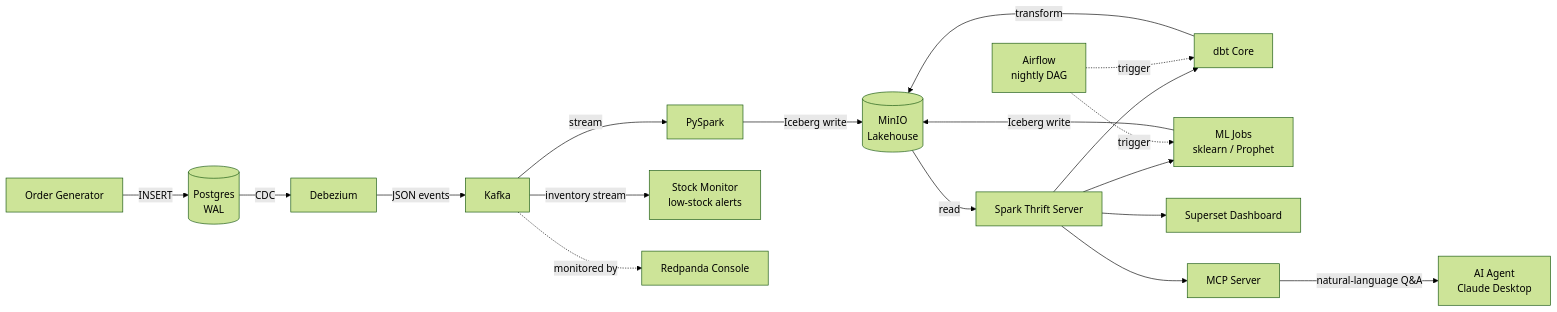
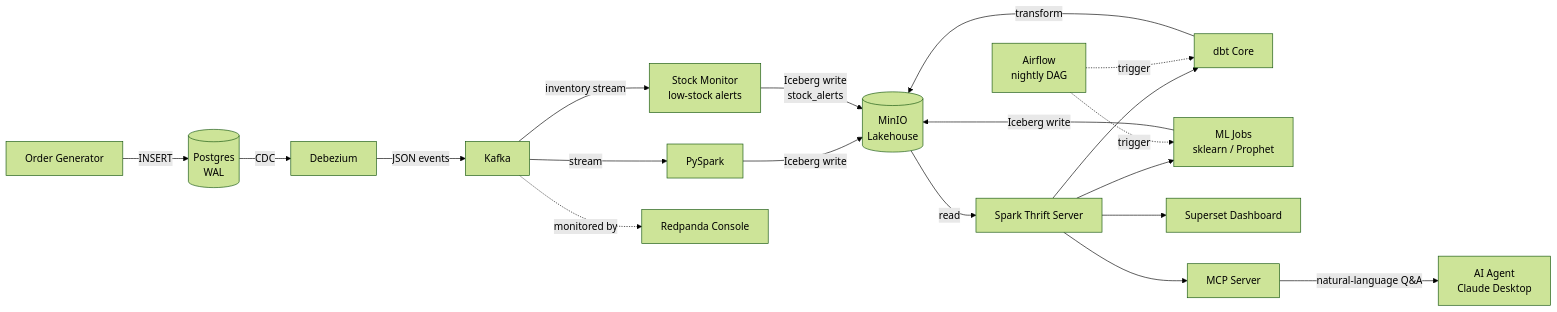
Before and after one commit to airdeniz/ecommerce-lakehouse: the first of 2 diagrams in README.md, drawn with Mermaid (forest theme). The commit also changed other lines of this file, not shown here.

Commit message:
docs(readme): show stock-monitor Iceberg write to lakehouse in both diagrams

````diff
--- a/README.md
+++ b/README.md
@@ -23,21 +23,22 @@
 ```mermaid
 flowchart LR
     GEN[Order Generator] -->|INSERT| PG[(Postgres<br/>WAL)]
     PG -->|CDC| DBZ[Debezium]
     DBZ -->|JSON events| KAFKA[Kafka]
     KAFKA -->|stream| SPARK[PySpark]
     KAFKA -->|inventory stream| STOCK[Stock Monitor<br/>low-stock alerts]
     SPARK -->|Iceberg write| MINIO[(MinIO<br/>Lakehouse)]
+    STOCK -->|Iceberg write<br/>stock_alerts| MINIO
     MINIO -->|read| THRIFT[Spark Thrift Server]
     THRIFT --> DBT[dbt Core]
     DBT -->|transform| MINIO
     AIRFLOW[Airflow<br/>nightly DAG] -.->|trigger| DBT
     THRIFT --> MLJOBS[ML Jobs<br/>sklearn / Prophet]
     MLJOBS -->|Iceberg write| MINIO
     AIRFLOW -.->|trigger| MLJOBS
     THRIFT --> SUPERSET[Superset Dashboard]
     THRIFT --> MCP[MCP Server]
     MCP -->|natural-language Q&A| AGENT[AI Agent<br/>Claude Desktop]
     CONSOLE[Redpanda Console]
     KAFKA -.->|monitored by| CONSOLE
 ```
````
